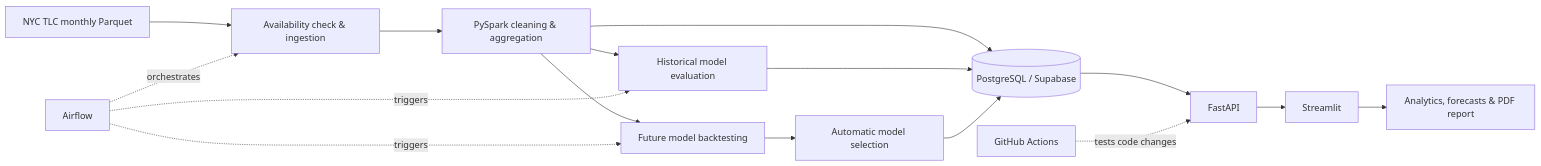
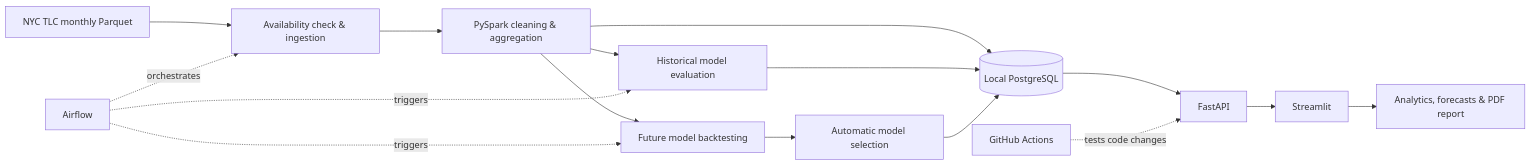
One commit to georgeballa7/NycTaxiDemandForecasting changed the diagram in README.md. Above: the diagram before and after it, drawn with Mermaid. The commit also changed other lines of this file, not shown here.

Commit message:
Document local-only PostgreSQL architecture: README.md

````diff
--- a/README.md
+++ b/README.md
@@ -9,18 +9,18 @@
 ```mermaid
 flowchart LR
     TLC[NYC TLC monthly Parquet] --> ING[Availability check & ingestion]
     ING --> SPARK[PySpark cleaning & aggregation]
-    SPARK --> DATA[(PostgreSQL / Supabase)]
+    SPARK --> DATA[(Local PostgreSQL)]
     SPARK --> HIST[Historical model evaluation]
     SPARK --> FUT[Future model backtesting]
     HIST --> DATA
     FUT --> SEL[Automatic model selection]
     SEL --> DATA
     DATA --> API[FastAPI]
     API --> UI[Streamlit]
     UI --> USER[Analytics, forecasts & PDF report]
     AIR[Airflow] -. orchestrates .-> ING
     AIR -. triggers .-> HIST
     AIR -. triggers .-> FUT
     GH[GitHub Actions] -. tests code changes .-> API
 ```
````
